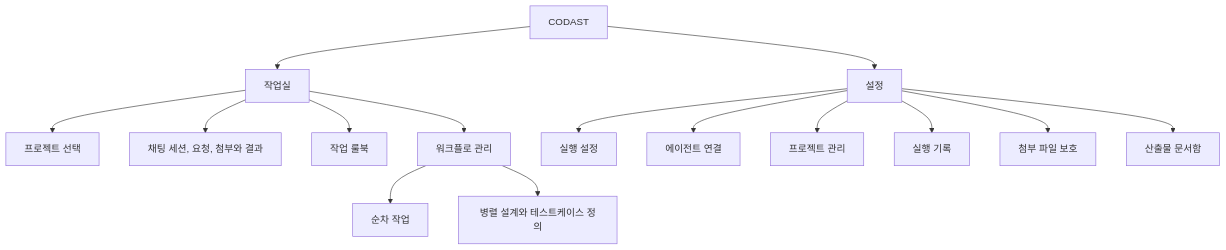
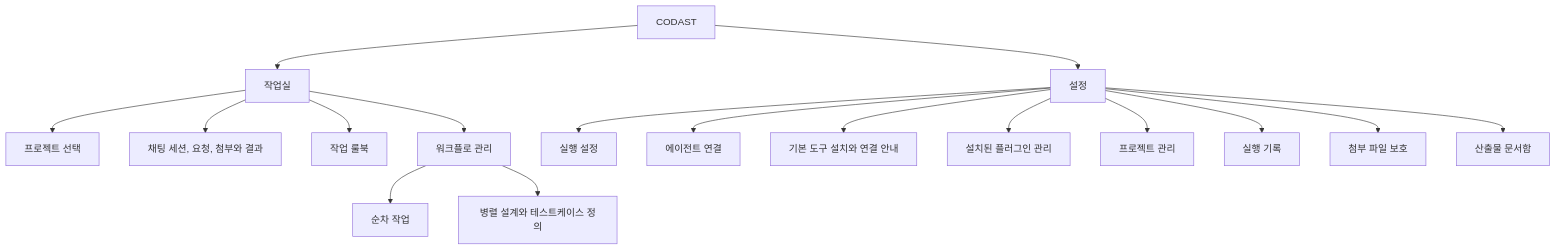
Before and after one commit to radiant1010/codast: the first of 2 diagrams in README.md, drawn with Mermaid. The commit also changed other lines of this file and 27 other files, not shown here.

````diff
--- a/README.md
+++ b/README.md
@@ -63,17 +105,19 @@
 ```mermaid
 flowchart TD
     App[CODAST] --> Workspace[작업실]
     App --> Settings[설정]
     Workspace --> Project[프로젝트 선택]
     Workspace --> Chat[채팅 세션, 요청, 첨부와 결과]
     Workspace --> Rules[작업 룰북]
     Workspace --> Workflow[워크플로 관리]
     Workflow --> Sequential[순차 작업]
     Workflow --> Parallel[병렬 설계와 테스트케이스 정의]
     Settings --> Execution[실행 설정]
     Settings --> Agents[에이전트 연결]
+    Settings --> Tools[기본 도구 설치와 연결 안내]
+    Settings --> Plugins[설치된 플러그인 관리]
     Settings --> Management[프로젝트 관리]
     Settings --> History[실행 기록]
     Settings --> Protection[첨부 파일 보호]
     Settings --> Documents[산출물 문서함]
 ```
````
